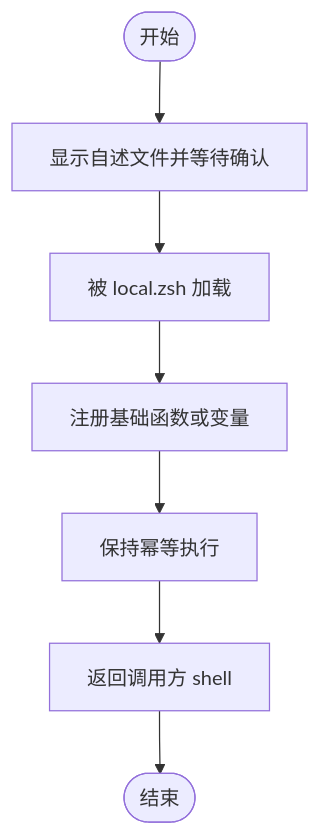
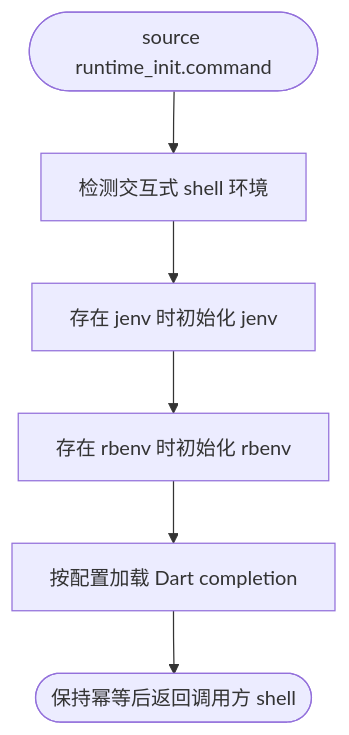
Before and after one commit to JobsKits/JobsMacEnvVarConfig: the diagram in scripts/runtime_init.command/README.md, drawn with Mermaid. The commit also changed other lines of this file and 35 other files, not shown here.

````diff
--- a/scripts/runtime_init.command/README.md
+++ b/scripts/runtime_init.command/README.md
@@ -40,9 +29,14 @@
 ```mermaid
-graph TD
-    A([开始]) --> B[显示自述文件并等待确认]
-    B --> C[被 local.zsh 加载]
-    C --> D[注册基础函数或变量]
-    D --> E[保持幂等执行]
-    E --> F[返回调用方 shell]
-    F --> Z([结束])
+flowchart TD
+    A([source runtime_init.command])
+    B[检测交互式 shell 环境]
+    A --> B
+    C[存在 jenv 时初始化 jenv]
+    B --> C
+    D[存在 rbenv 时初始化 rbenv]
+    C --> D
+    E[按配置加载 Dart completion]
+    D --> E
+    F([保持幂等后返回调用方 shell])
+    E --> F
 ```
````
